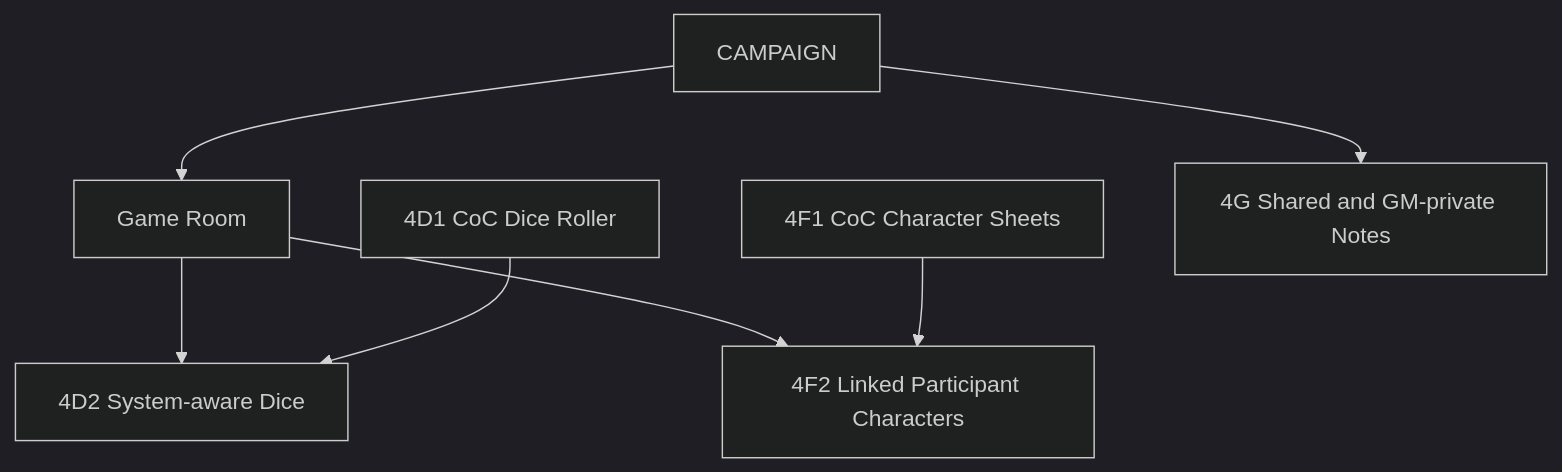
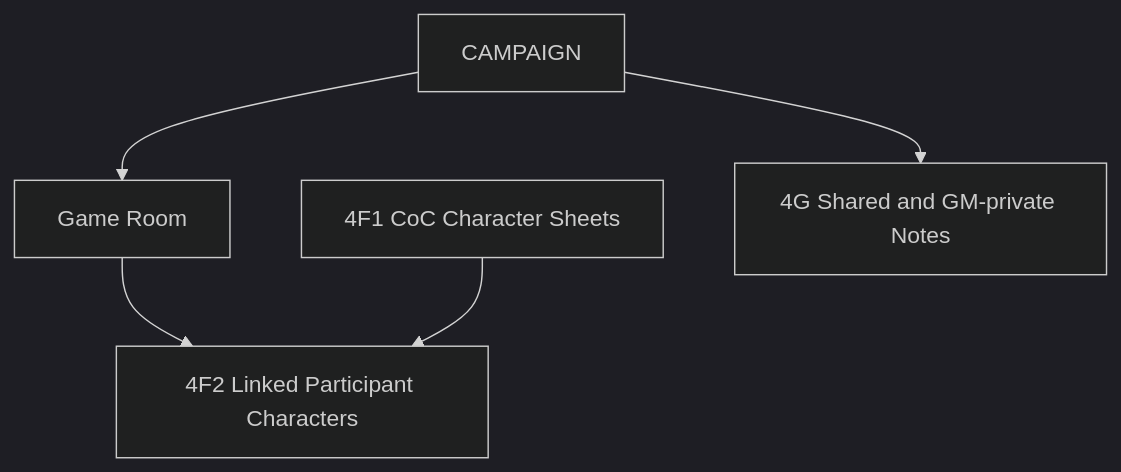
The second of 2 diagrams in docs/product/SITE_MAP.md (Andrey-0101/ttrpg-website), drawn with Mermaid (dark theme) before and after one commit. The commit also changed other lines of this file and 15 other files, not shown here.

````diff
--- a/docs/product/SITE_MAP.md
+++ b/docs/product/SITE_MAP.md
@@ -34,9 +36,7 @@
 ```mermaid
 flowchart TD
     CAMPAIGN --> GAME_ROOM["Game Room"]
-    GAME_ROOM --> SYSTEM_DICE["4D2 System-aware Dice"]
-    COC_DICE["4D1 CoC Dice Roller"] --> SYSTEM_DICE
     GAME_ROOM --> LINKED_CHARACTERS["4F2 Linked Participant Characters"]
     COC_CHARACTERS["4F1 CoC Character Sheets"] --> LINKED_CHARACTERS
     CAMPAIGN --> NOTES["4G Shared and GM-private Notes"]
 ```
````
